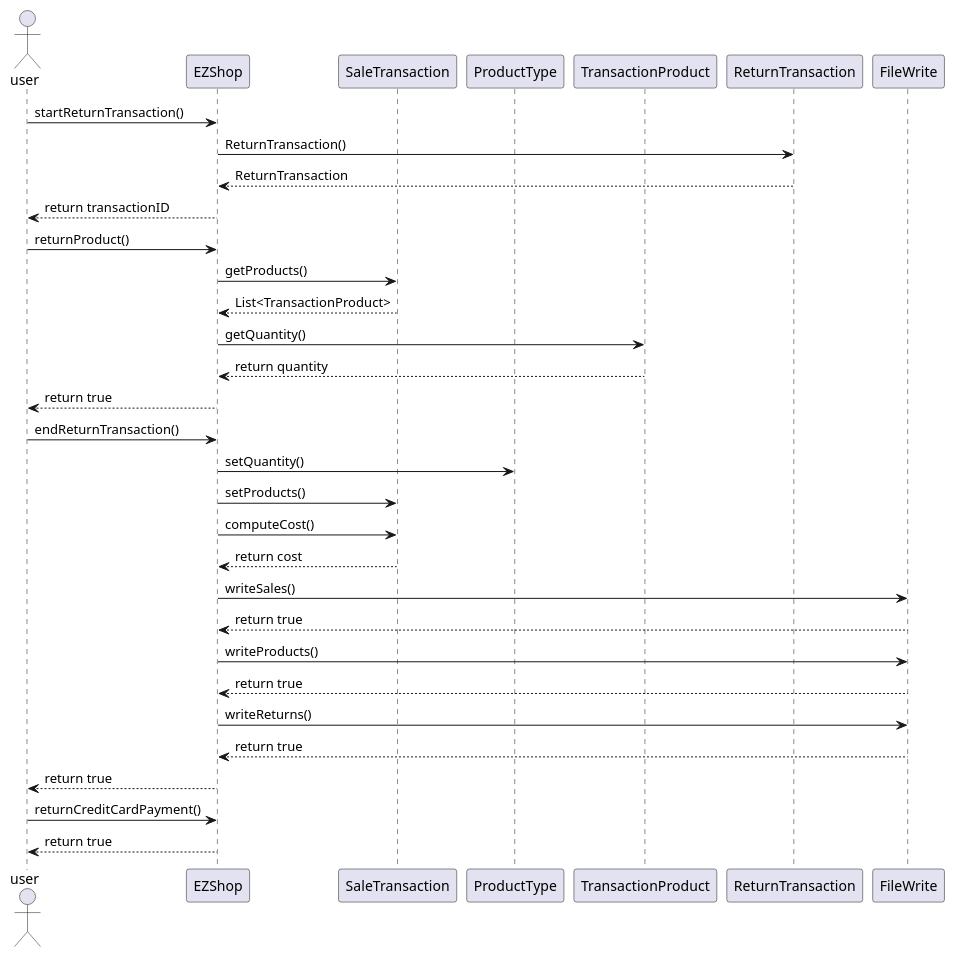
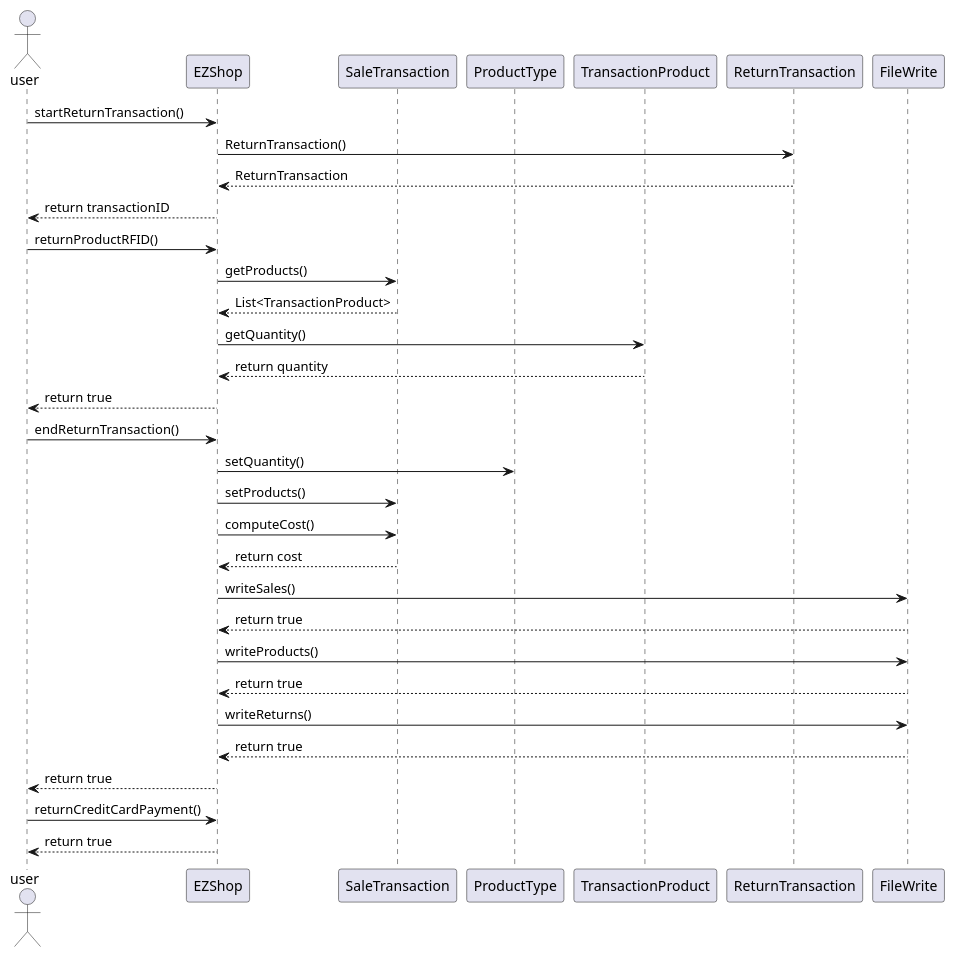
One commit to giuseppesalvi/ezshop changed diagram 26 of 28 in Deliverables/DesignDocument.md. Above: the diagram before and after it, drawn with PlantUML. The commit also changed other lines of this file, not shown here.

````diff
--- a/Deliverables/DesignDocument.md
+++ b/Deliverables/DesignDocument.md
@@ -813,34 +823,34 @@
 ```plantuml
 @startuml
 actor user
 participant EZShop
 participant SaleTransaction
 participant ProductType
 participant TransactionProduct
 participant ReturnTransaction
 user -> EZShop : startReturnTransaction()
 EZShop -> ReturnTransaction : ReturnTransaction()
 EZShop <-- ReturnTransaction : ReturnTransaction
 user <-- EZShop : return transactionID
-user -> EZShop : returnProduct()
+user -> EZShop : returnProductRFID()
 EZShop -> SaleTransaction : getProducts()
 EZShop <-- SaleTransaction : List<TransactionProduct>
 EZShop -> TransactionProduct : getQuantity()
 EZShop <-- TransactionProduct : return quantity
 user <-- EZShop : return true
 user -> EZShop : endReturnTransaction()
 EZShop -> ProductType : setQuantity()
 EZShop -> SaleTransaction : setProducts()
 EZShop -> SaleTransaction : computeCost()
 EZShop <-- SaleTransaction : return cost
 EZShop -> FileWrite : writeSales()
 EZShop <-- FileWrite : return true
 EZShop -> FileWrite : writeProducts()
 EZShop <-- FileWrite : return true
 EZShop -> FileWrite : writeReturns()
 EZShop <-- FileWrite : return true
 user <-- EZShop : return true
 user -> EZShop : returnCreditCardPayment()
 user <-- EZShop : return true
 @enduml
 ```
````
